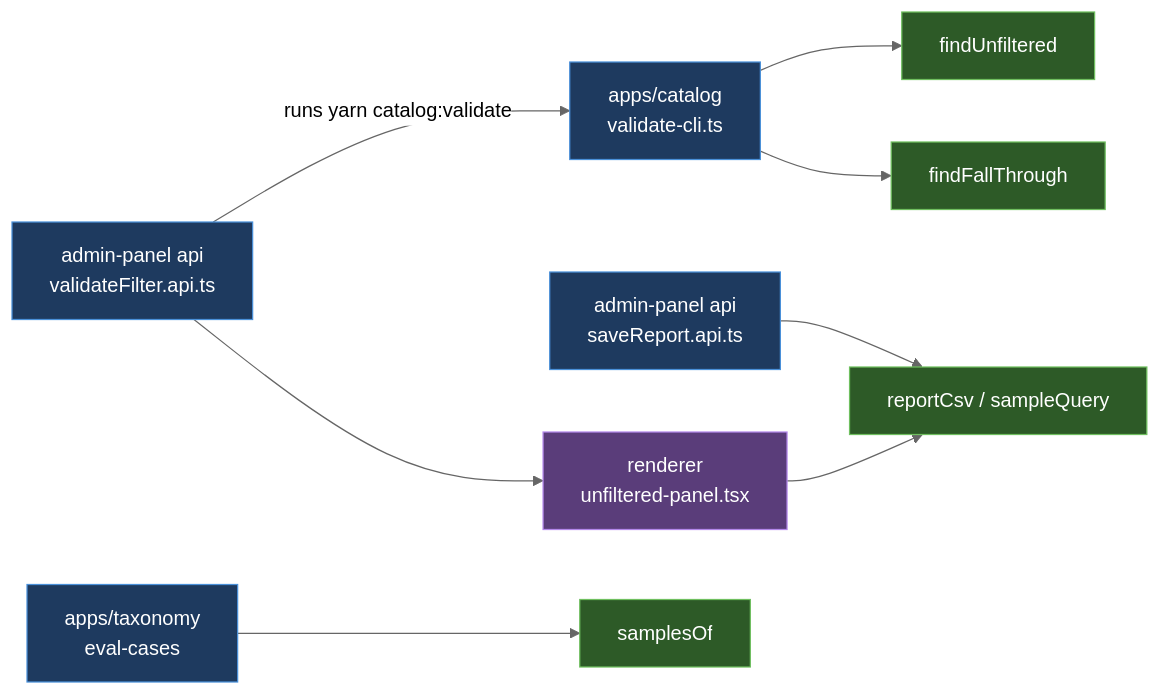
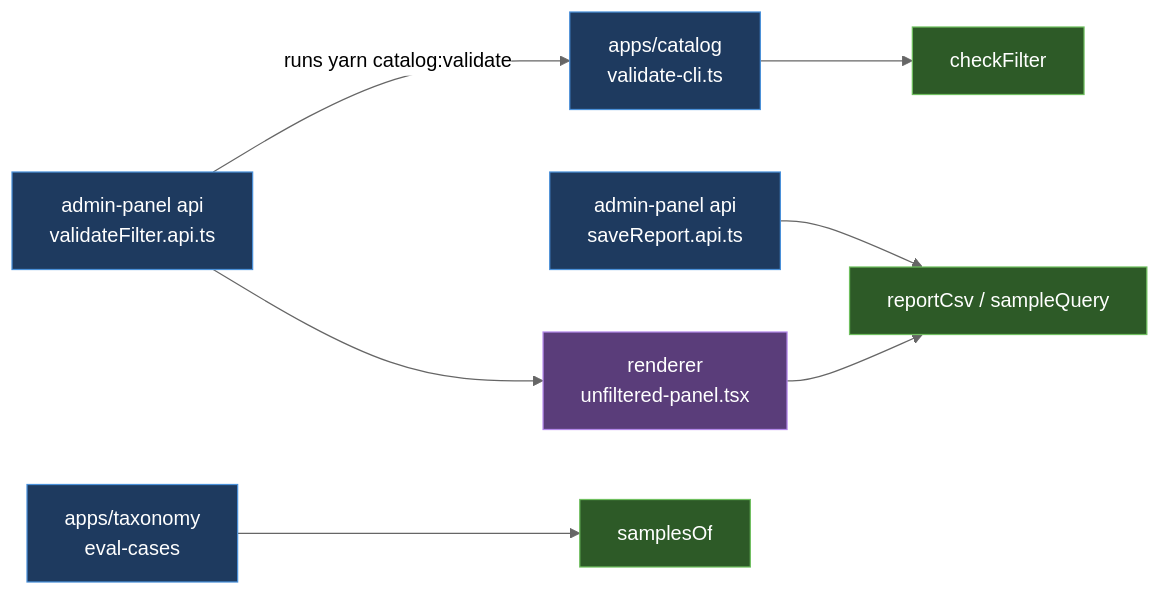
One commit to andreicaminschi/poe-stuff changed the fifth of 5 diagrams in docs/sample-validation.md. Above: the diagram before and after it, drawn with Mermaid (neutral theme). The commit also changed other lines of this file and 7 other files, not shown here.

````diff
--- a/docs/sample-validation.md
+++ b/docs/sample-validation.md
@@ -195,24 +196,22 @@
 ```mermaid
 flowchart LR
     classDef app fill:#1e3a5f,stroke:#4a90d9,color:#fff
     classDef lib fill:#2d5a27,stroke:#6fbf5f,color:#fff
     classDef ui fill:#5a3d7a,stroke:#b388eb,color:#fff
 
     CLI["apps/catalog<br/>validate-cli.ts"]:::app
     API["admin-panel api<br/>validateFilter.api.ts"]:::app
     SAVE["admin-panel api<br/>saveReport.api.ts"]:::app
     UIP["renderer<br/>unfiltered-panel.tsx"]:::ui
-    FU["findUnfiltered"]:::lib
-    FF["findFallThrough"]:::lib
+    CF["checkFilter"]:::lib
     CSV["reportCsv / sampleQuery"]:::lib
     EV["apps/taxonomy<br/>eval-cases"]:::app
 
     API -- "runs yarn catalog:validate" --> CLI
-    CLI --> FU
-    CLI --> FF
+    CLI --> CF
     API --> UIP
     SAVE --> CSV
     UIP --> CSV
     SO["samplesOf"]:::lib
     EV --> SO
 ```
````
